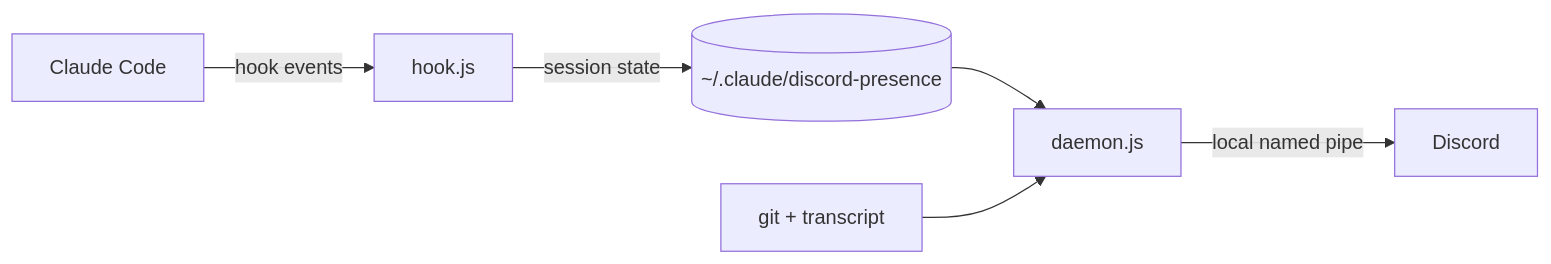
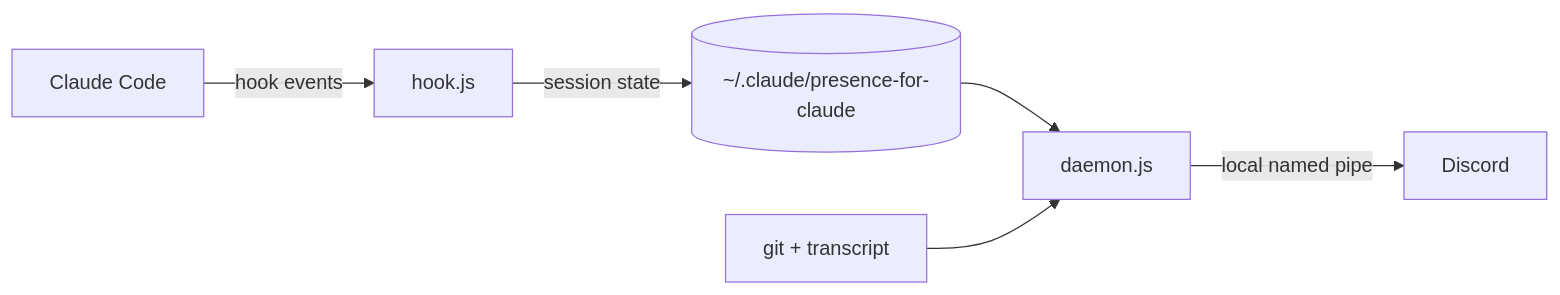
The diagram in README.md (goncalooliveira03/claude-discord-presence), drawn with Mermaid before and after one commit. The commit also changed other lines of this file and 3 other files, not shown here.

Commit message:
docs: rename plugin, marketplace and README to presence-for-claude

````diff
--- a/README.md
+++ b/README.md
@@ -118,8 +120,8 @@
 ```mermaid
 flowchart LR
   CC[Claude Code] -- hook events --> H[hook.js]
-  H -- session state --> S[(~/.claude/discord-presence)]
+  H -- session state --> S[(~/.claude/presence-for-claude)]
   S --> D[daemon.js]
   G[git + transcript] --> D
   D -- local named pipe --> DC[Discord]
 ```
````
